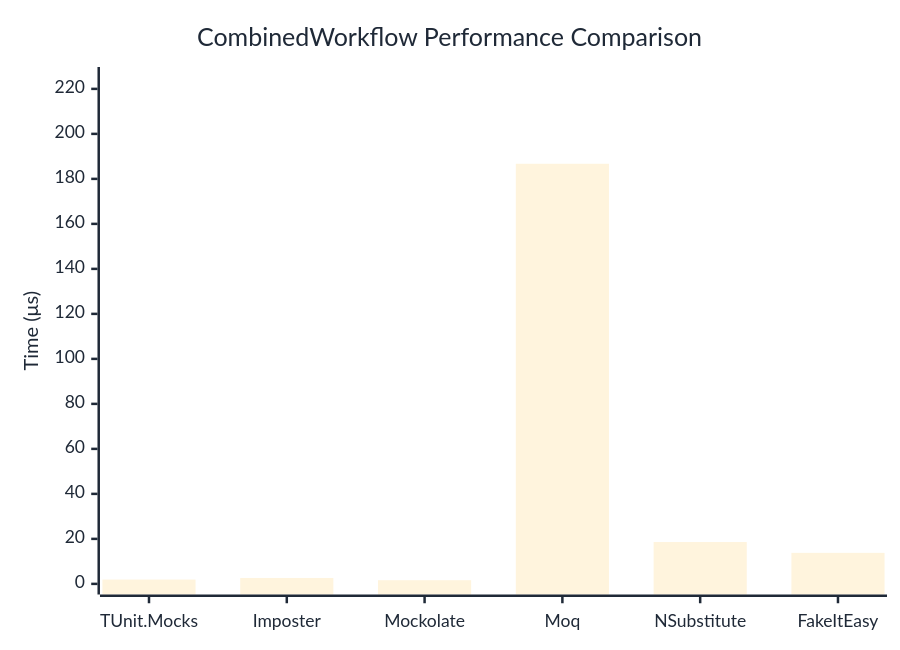
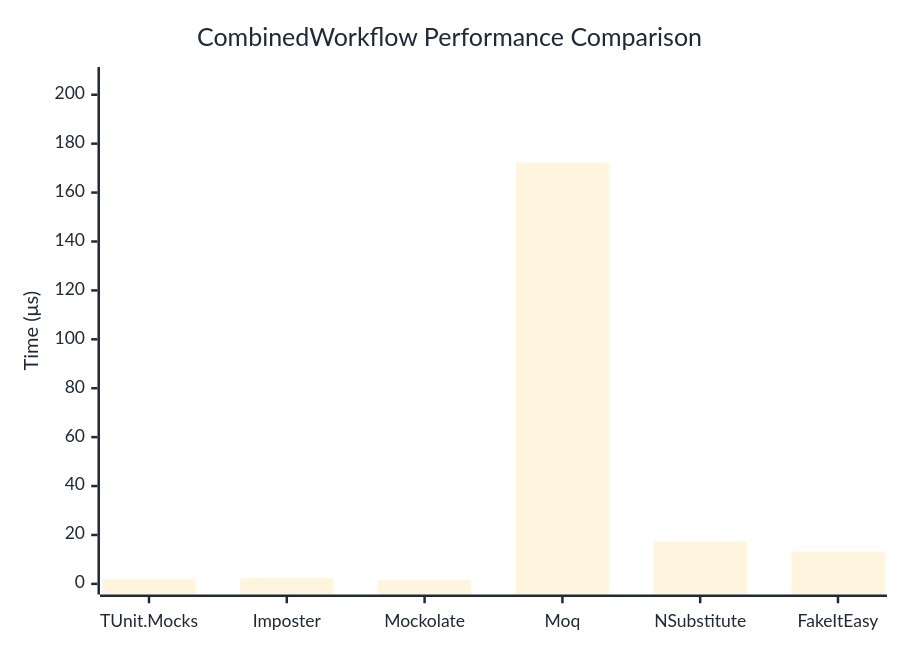
One commit to thomhurst/TUnit changed the diagram in docs/docs/benchmarks/mocks/CombinedWorkflow.md. Above: the diagram before and after it, drawn with Mermaid. The commit also changed other lines of this file and 14 other files, not shown here.

````diff
--- a/docs/docs/benchmarks/mocks/CombinedWorkflow.md
+++ b/docs/docs/benchmarks/mocks/CombinedWorkflow.md
@@ -30,27 +30,27 @@
 ```mermaid
 %%{init: {
   'theme':'base',
   'themeVariables': {
     'primaryColor': '#2563eb',
     'primaryTextColor': '#1f2937',
     'primaryBorderColor': '#1e40af',
     'lineColor': '#6b7280',
     'secondaryColor': '#7c3aed',
     'tertiaryColor': '#dc2626',
     'background': '#ffffff',
     'pie1': '#2563eb',
     'pie2': '#7c3aed',
     'pie3': '#dc2626',
     'pie4': '#f59e0b',
     'pie5': '#10b981',
     'pie6': '#06b6d4',
     'pie7': '#ec4899',
     'pie8': '#6366f1'
   }
 }}%%
 xychart-beta
   title "CombinedWorkflow Performance Comparison"
   x-axis ["TUnit.Mocks", "Imposter", "Mockolate", "Moq", "NSubstitute", "FakeItEasy"]
-  y-axis "Time (μs)" 0 --> 225
-  bar [1.911, 2.623, 1.628, 186.717, 18.592, 13.788]
+  y-axis "Time (μs)" 0 --> 207
+  bar [1.833, 2.329, 1.489, 172.265, 17.38, 13.204]
 ```
````
